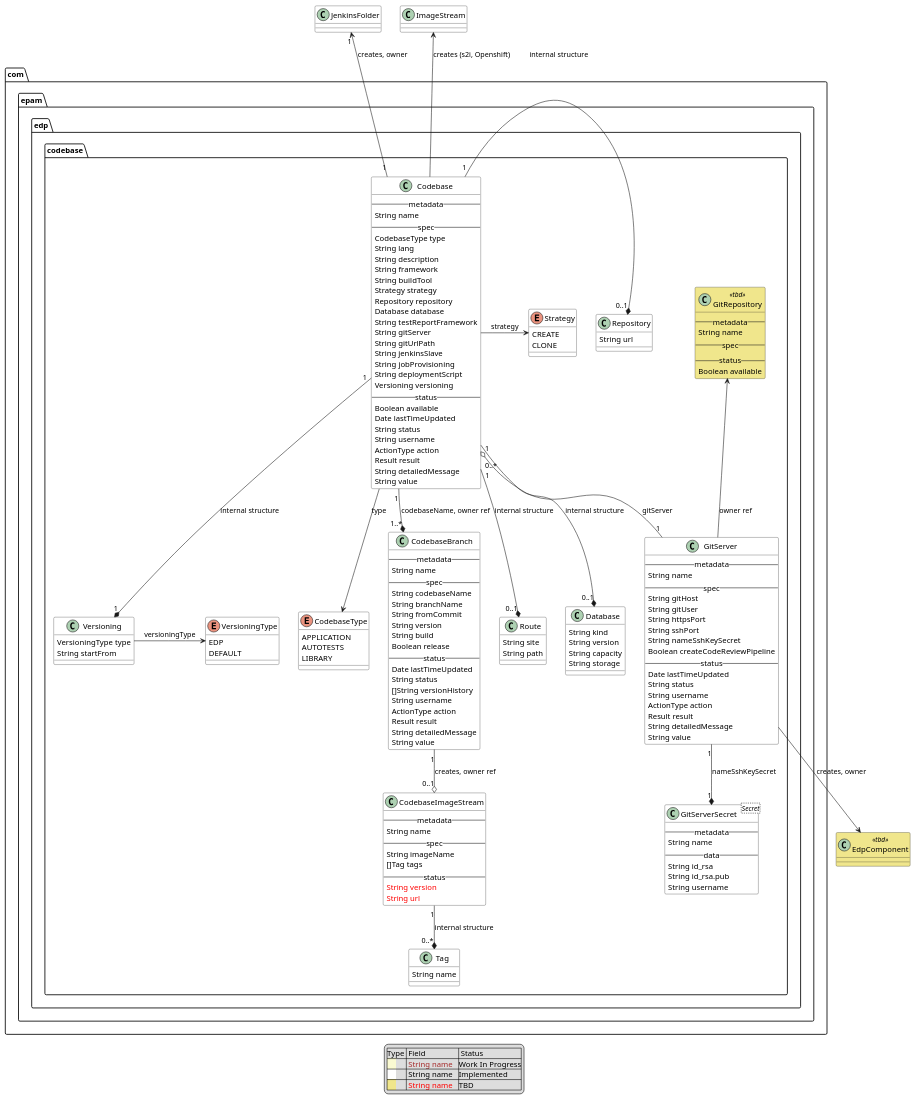
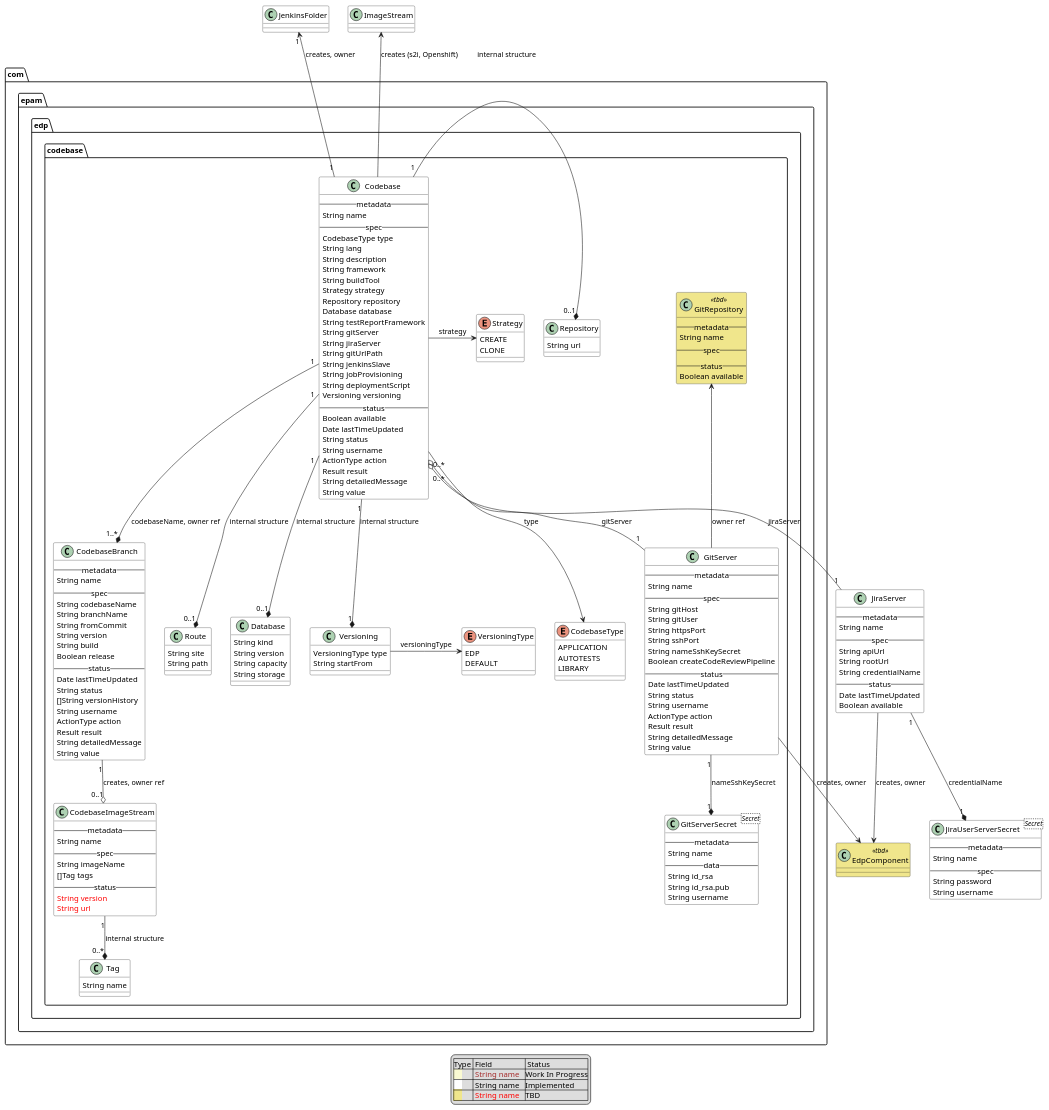
One commit to epam/edp-codebase-operator changed the diagram in documentation/puml/arch.puml. Above: the diagram before and after it, drawn with PlantUML.

Commit message:
[EPMDEDP-5075] Update arch diagram with JiraServer

```diff
--- a/documentation/puml/arch.puml
+++ b/documentation/puml/arch.puml
@@ -22,6 +22,7 @@
         Database database
         String testReportFramework
         String gitServer
+        String jiraServer
         String gitUrlPath
         String jenkinsSlave
         String jobProvisioning
@@ -163,10 +164,33 @@
 
 }
 
+Codebase "0..*" o-- "1" JiraServer : jiraServer
+  class JiraServer {
+    -- metadata --
+        String name
+    -- spec --
+        String apiUrl
+        String rootUrl
+        String credentialName
+    -- status --
+        Date lastTimeUpdated
+        Boolean available
+  }
+
+JiraServer "1" --* "1" JiraUserServerSecret : credentialName
+  class JiraUserServerSecret <Secret> {
+    -- metadata --
+       String name
+    -- spec --
+       String password
+       String username
+  }
+
 class EdpComponent <<tbd>> {
 }
 
 GitServer --> EdpComponent : creates, owner
+JiraServer --> EdpComponent : creates, owner
 Codebase -u-> ImageStream : creates (s2i, Openshift)
 Codebase "1" -u-> "1" JenkinsFolder : creates, owner
 
```
